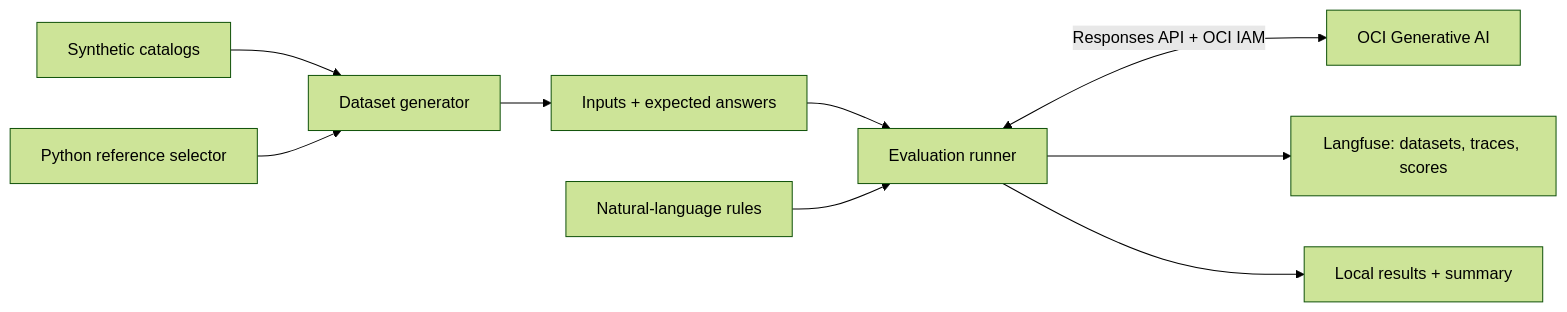
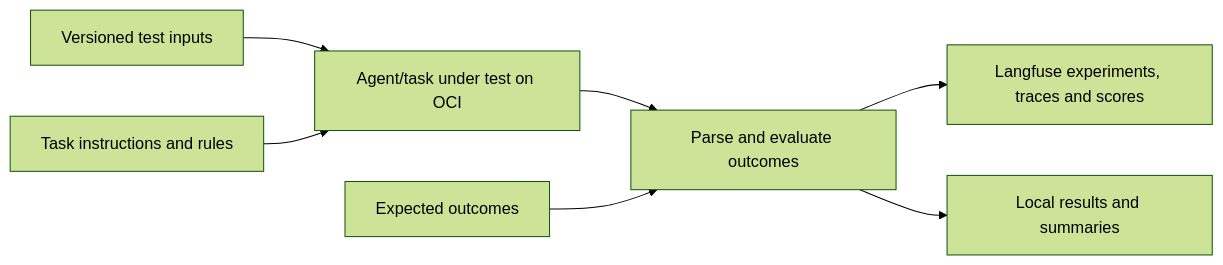
The diagram in README.md (luigisaetta/agent-evals), drawn with Mermaid (forest theme) before and after one commit. The commit also changed other lines of this file and 2 other files, not shown here.

Commit message:
Reframe README around systematic agent evaluation

````diff
--- a/README.md
+++ b/README.md
@@ -37,11 +35,9 @@
 ```mermaid
 flowchart LR
-    C["Synthetic catalogs"] --> G["Dataset generator"]
-    O["Python reference selector"] --> G
-    G --> D["Inputs + expected answers"]
-    D --> R["Evaluation runner"]
-    B["Natural-language rules"] --> R
-    R <-->|"Responses API + OCI IAM"| M["OCI Generative AI"]
-    R --> L["Langfuse: datasets, traces, scores"]
-    R --> F["Local results + summary"]
+    D["Versioned test inputs"] --> T["Agent/task under test on OCI"]
+    B["Task instructions and rules"] --> T
+    T --> E["Parse and evaluate outcomes"]
+    R["Expected outcomes"] --> E
+    E --> L["Langfuse experiments, traces and scores"]
+    E --> F["Local results and summaries"]
 ```
````
